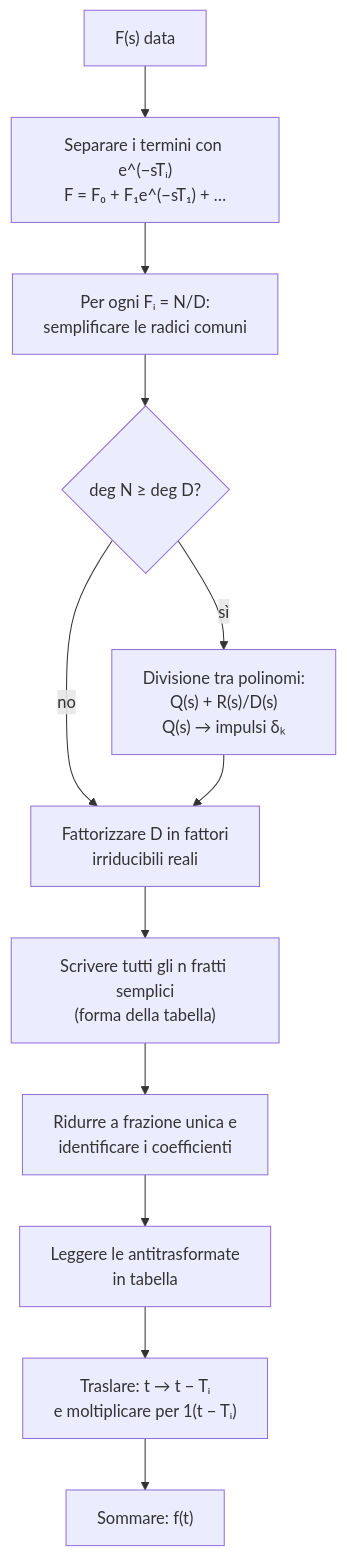
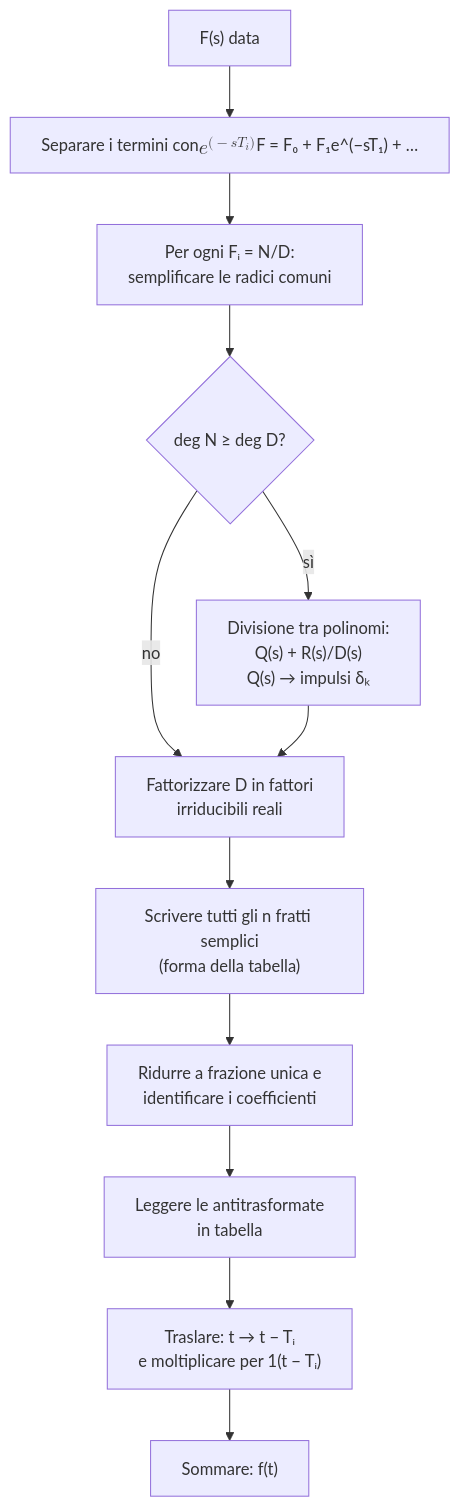
Before and after one commit to TheZen46/AnimeFeet6767: the diagram in Zen/Anno 2/Teoria dei Sistemi/generated/Lezione 4 - CLAUDE.md, drawn with Mermaid. The commit also changed other lines of this file and 3 other files, not shown here.

````diff
--- a/Zen/Anno 2/Teoria dei Sistemi/generated/Lezione 4 - CLAUDE.md
+++ b/Zen/Anno 2/Teoria dei Sistemi/generated/Lezione 4 - CLAUDE.md
@@ -280,14 +279,14 @@
 ```mermaid
 flowchart TD
-    A["F(s) data"] --> B["Separare i termini con e^(−sTᵢ)<br/>F = F₀ + F₁e^(−sT₁) + …"]
+    A["F(s) data"] --> B["Separare i termini con $$e^{(−sTᵢ)} $$<br/>F = F₀ + F₁e^(−sT₁) + …"]
     B --> C["Per ogni Fᵢ = N/D:<br/>semplificare le radici comuni"]
     C --> E{"deg N ≥ deg D?"}
     E -- "sì" --> F["Divisione tra polinomi:<br/>Q(s) + R(s)/D(s)<br/>Q(s) → impulsi δₖ"]
     E -- "no" --> G["Fattorizzare D in fattori<br/>irriducibili reali"]
     F --> G
     G --> H["Scrivere tutti gli n fratti semplici<br/>(forma della tabella)"]
     H --> I["Ridurre a frazione unica e<br/>identificare i coefficienti"]
     I --> J["Leggere le antitrasformate<br/>in tabella"]
     J --> K["Traslare: t → t − Tᵢ<br/>e moltiplicare per 1(t − Tᵢ)"]
     K --> L["Sommare: f(t)"]
 ```
````
